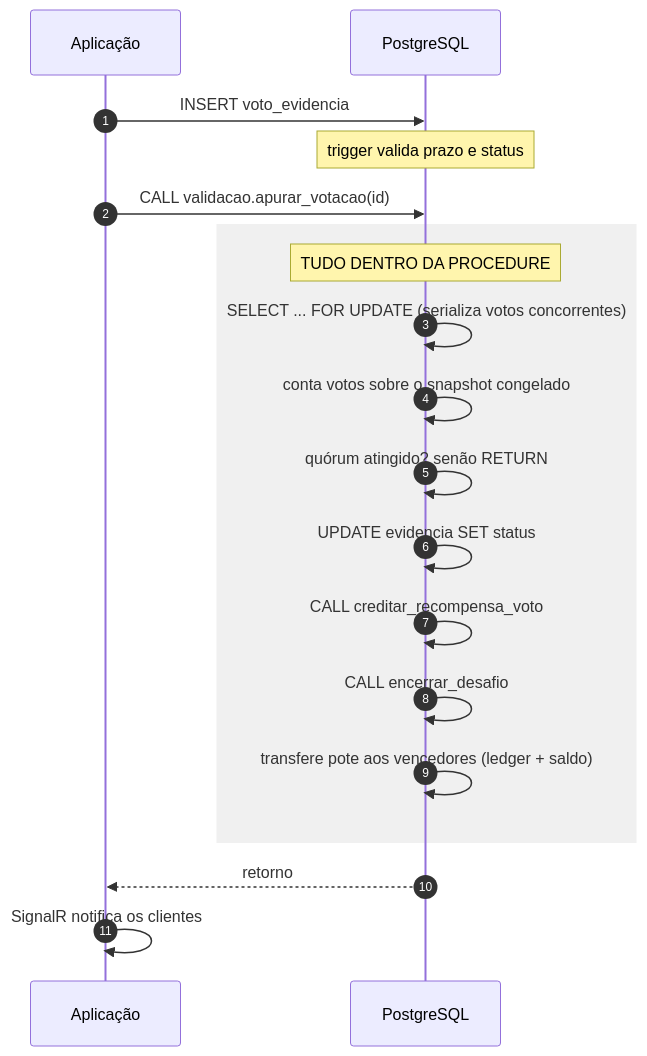
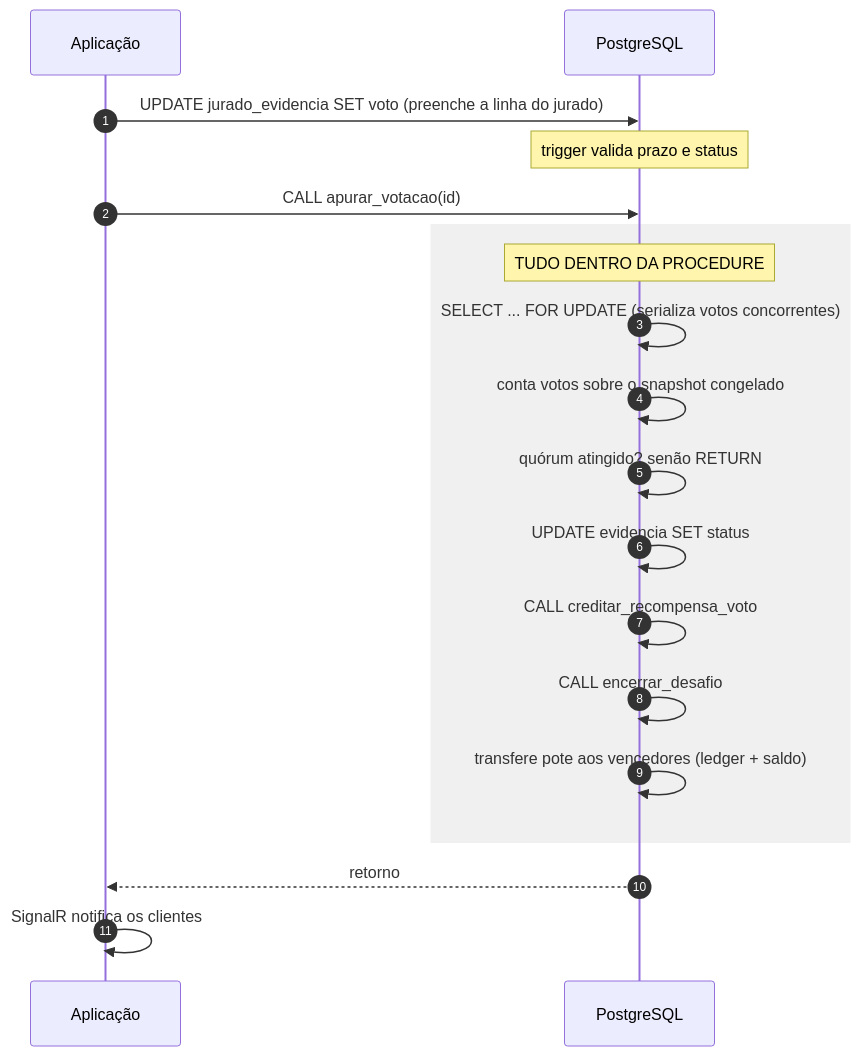
One commit to SecreTavin/A3-banco-de-dados changed the second of 2 diagrams in docs/02-arquitetura/15-integracao-sistema-bd.md. Above: the diagram before and after it, drawn with Mermaid. The commit also changed other lines of this file and 20 other files, not shown here.

````diff
--- a/docs/02-arquitetura/15-integracao-sistema-bd.md
+++ b/docs/02-arquitetura/15-integracao-sistema-bd.md
@@ -64,24 +64,24 @@
 ```mermaid
 sequenceDiagram
     autonumber
     participant APP as Aplicação
     participant PG as PostgreSQL
 
-    APP->>PG: INSERT voto_evidencia
+    APP->>PG: UPDATE jurado_evidencia SET voto (preenche a linha do jurado)
     Note over PG: trigger valida prazo e status
-    APP->>PG: CALL validacao.apurar_votacao(id)
+    APP->>PG: CALL apurar_votacao(id)
 
     rect rgb(240, 240, 240)
         Note over PG: TUDO DENTRO DA PROCEDURE
         PG->>PG: SELECT ... FOR UPDATE (serializa votos concorrentes)
         PG->>PG: conta votos sobre o snapshot congelado
         PG->>PG: quórum atingido? senão RETURN
         PG->>PG: UPDATE evidencia SET status
         PG->>PG: CALL creditar_recompensa_voto
         PG->>PG: CALL encerrar_desafio
         PG->>PG: transfere pote aos vencedores (ledger + saldo)
     end
 
     PG-->>APP: retorno
     APP->>APP: SignalR notifica os clientes
 ```
````
